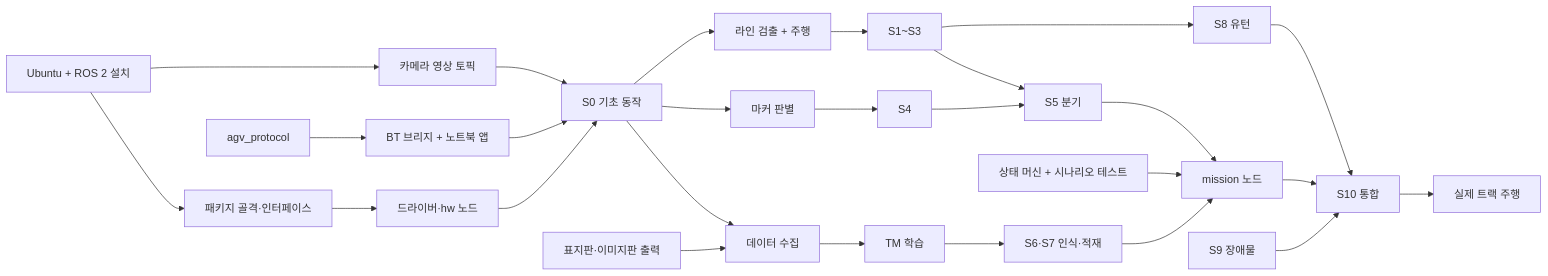
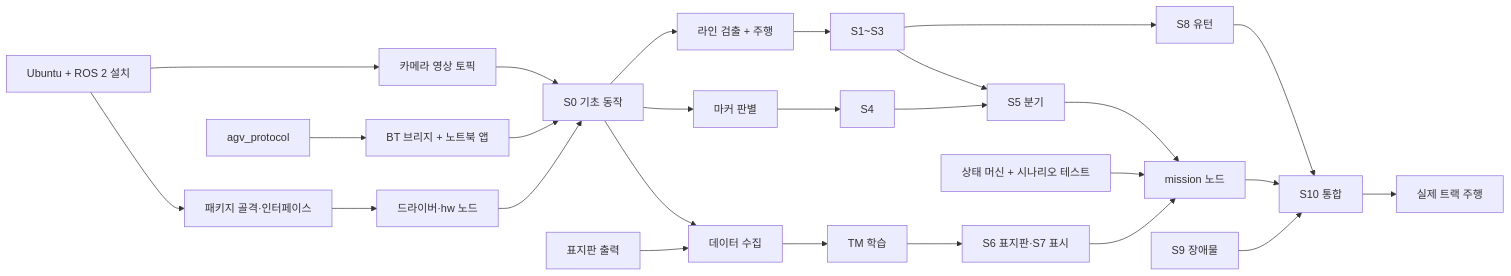
The diagram in 02_design/development_plan.md (hwoo97/logistics-automation), drawn with Mermaid before and after one commit. The commit also changed other lines of this file and 67 other files, not shown here.

````diff
--- a/02_design/development_plan.md
+++ b/02_design/development_plan.md
@@ -31,21 +31,21 @@
 ```mermaid
 flowchart LR
     ENV[Ubuntu + ROS 2 설치] --> CAM[카메라 영상 토픽]
     ENV --> SKEL[패키지 골격·인터페이스]
     SKEL --> DRV[드라이버·hw 노드] --> S0[S0 기초 동작]
     CAM --> S0
     S0 --> LINE[라인 검출 + 주행] --> S13[S1~S3]
     S13 --> S8[S8 유턴]
     S0 --> MARK[마커 판별] --> S4[S4]
     S13 --> S5[S5 분기]
     S4 --> S5
-    SIGN[표지판·이미지판 출력] --> DATA[데이터 수집]
-    S0 --> DATA --> TRAIN[TM 학습] --> S67[S6·S7 인식·적재]
+    SIGN[표지판 출력] --> DATA[데이터 수집]
+    S0 --> DATA --> TRAIN[TM 학습] --> S67[S6 표지판·S7 표시]
     PROTO[agv_protocol] --> BT[BT 브리지 + 노트북 앱] --> S0
     SM[상태 머신 + 시나리오 테스트] --> MISSION[mission 노드]
     S5 --> MISSION
     S67 --> MISSION
     S8 --> S10[S10 통합]
     S9[S9 장애물] --> S10
     MISSION --> S10 --> REAL[실제 트랙 주행]
 ```
````
